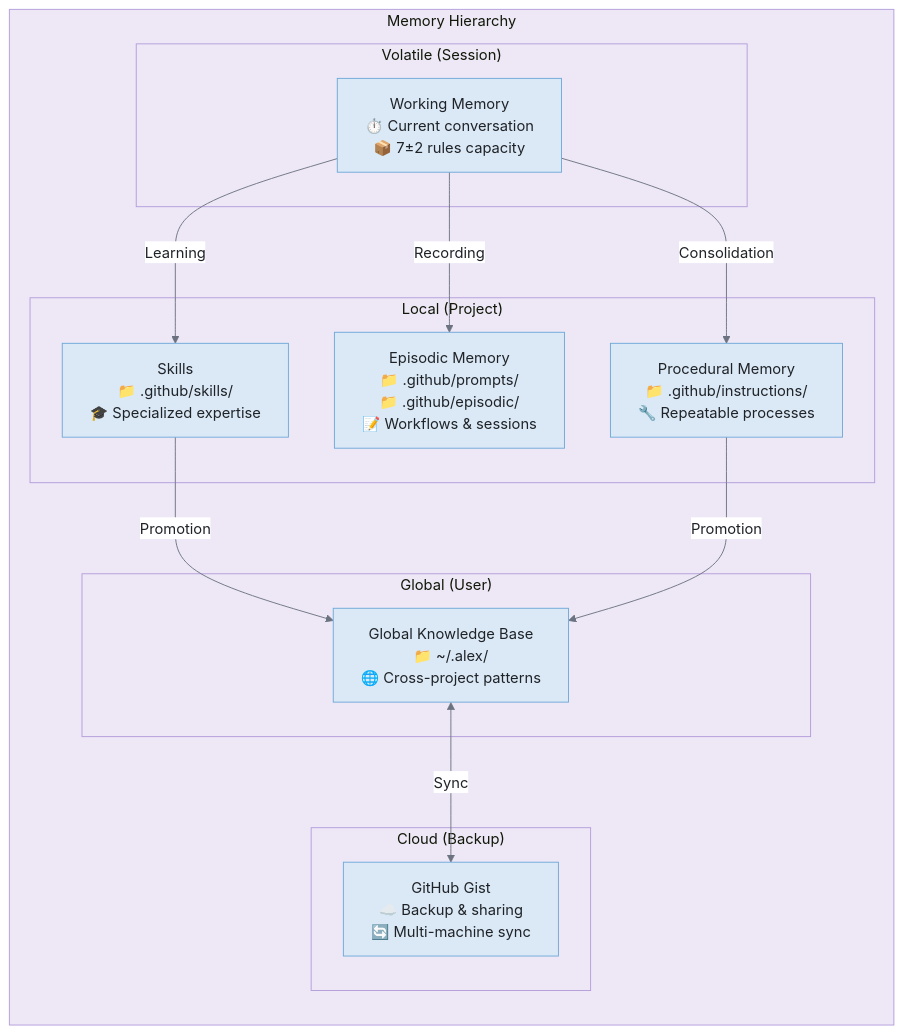
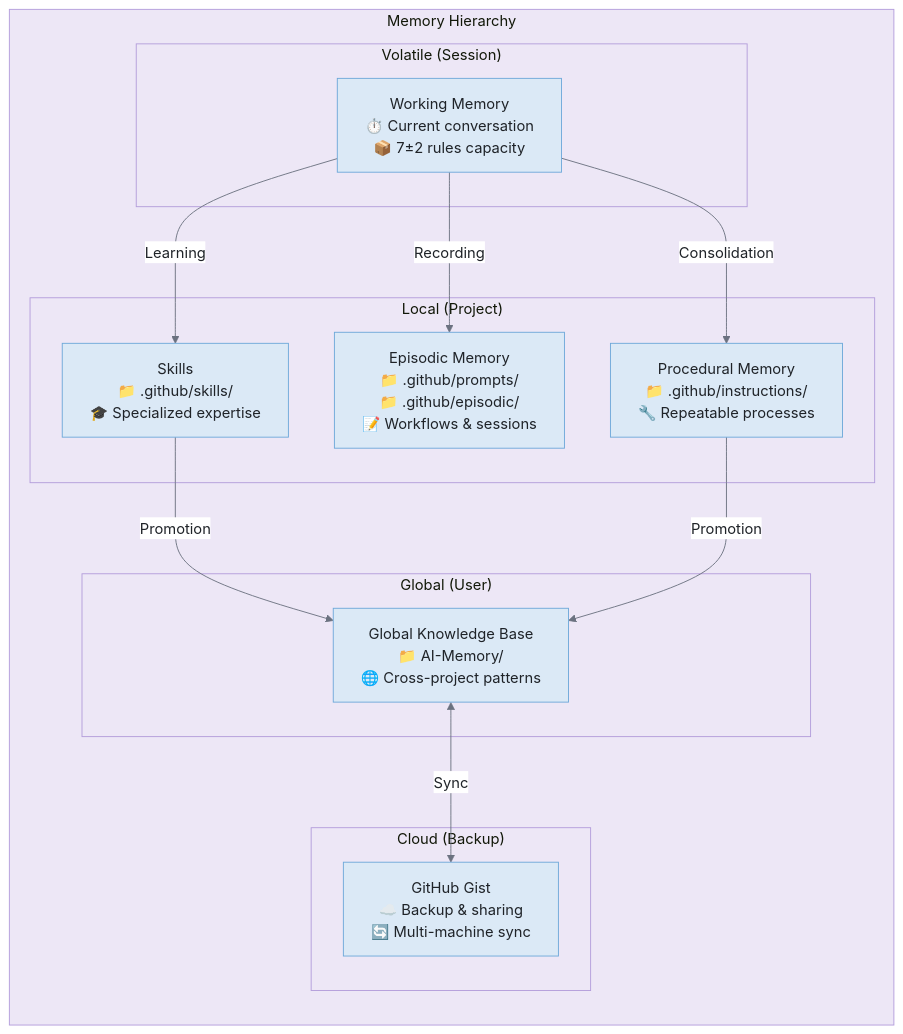
Before and after one commit to fabioc-aloha/Alex_Plug_In: the fourth of 7 diagrams in alex_docs/architecture/COGNITIVE-ARCHITECTURE.md, drawn with Mermaid. The commit also changed other lines of this file and 85 other files, not shown here.

````diff
--- a/alex_docs/architecture/COGNITIVE-ARCHITECTURE.md
+++ b/alex_docs/architecture/COGNITIVE-ARCHITECTURE.md
@@ -206,34 +206,34 @@
 ```mermaid
 %%{init: {'theme': 'base', 'themeVariables': {'background': '#f8f9fa', 'primaryColor': '#dbe9f6', 'primaryTextColor': '#1f2328', 'primaryBorderColor': '#6ea8d9', 'lineColor': '#6b7280', 'secondaryColor': '#d1f5ef', 'secondaryBorderColor': '#5ab5a0', 'tertiaryColor': '#ede7f6', 'tertiaryBorderColor': '#b39ddb', 'edgeLabelBackground': '#ffffff', 'fontFamily': 'Segoe UI, system-ui, sans-serif'}}}%%
 graph TB
     subgraph "Memory Hierarchy"
         direction TB
 
         subgraph "Volatile (Session)"
             WM[Working Memory<br/>⏱️ Current conversation<br/>📦 7±2 rules capacity]
         end
 
         subgraph "Local (Project)"
             PROC[Procedural Memory<br/>📁 .github/instructions/<br/>🔧 Repeatable processes]
             EPIS[Episodic Memory<br/>📁 .github/prompts/<br/>📁 .github/episodic/<br/>📝 Workflows & sessions]
             SKILLS[Skills<br/>📁 .github/skills/<br/>🎓 Specialized expertise]
         end
 
         subgraph "Global (User)"
-            GKB[Global Knowledge Base<br/>📁 ~/.alex/<br/>🌐 Cross-project patterns]
+            GKB[Global Knowledge Base<br/>📁 AI-Memory/<br/>🌐 Cross-project patterns]
         end
 
         subgraph "Cloud (Backup)"
             GIST[GitHub Gist<br/>☁️ Backup & sharing<br/>🔄 Multi-machine sync]
         end
     end
 
     WM -->|"Consolidation"| PROC
     WM -->|"Recording"| EPIS
     WM -->|"Learning"| SKILLS
 
     SKILLS -->|"Promotion"| GKB
     PROC -->|"Promotion"| GKB
 
     GKB <-->|"Sync"| GIST
 ```
````
